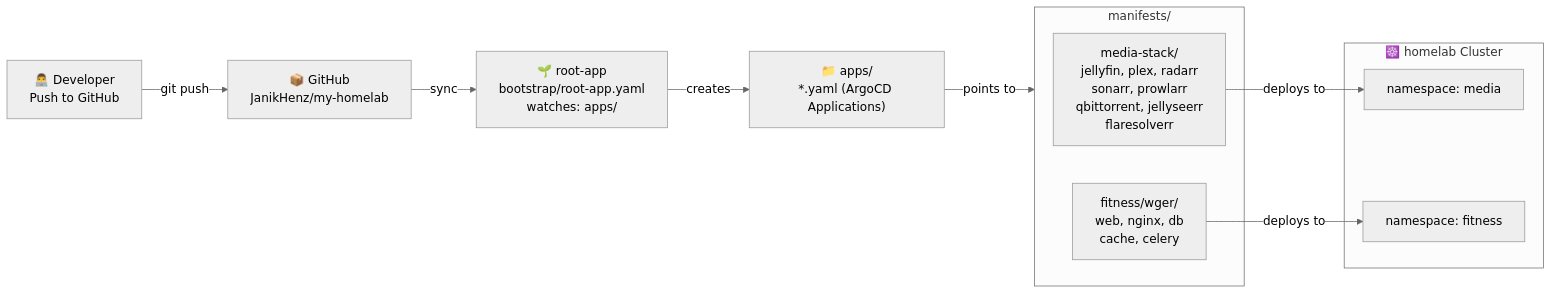
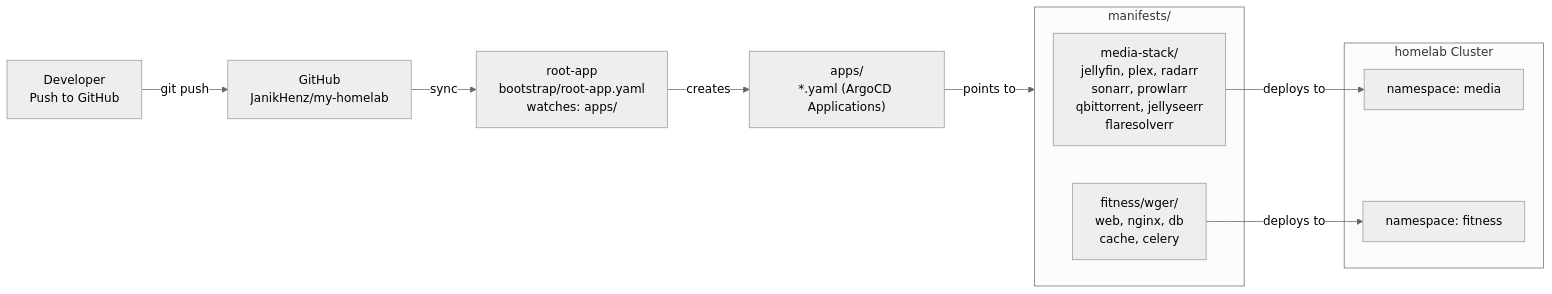
Before and after one commit to JanikHenz/my-homelab: the third of 6 diagrams in README.md, drawn with Mermaid (neutral theme). The commit also changed other lines of this file, not shown here.

````diff
--- a/README.md
+++ b/README.md
@@ -127,24 +127,24 @@
 ```mermaid
 flowchart LR
-    DEV["👨‍💻 Developer\nPush to GitHub"]
-    GH["📦 GitHub\nJanikHenz/my-homelab"]
-    ROOT["🌱 root-app\nbootstrap/root-app.yaml\nwatches: apps/"]
-    APPS["📁 apps/\n*.yaml (ArgoCD Applications)"]
+    DEV["Developer\nPush to GitHub"]
+    GH["GitHub\nJanikHenz/my-homelab"]
+    ROOT["root-app\nbootstrap/root-app.yaml\nwatches: apps/"]
+    APPS["apps/\n*.yaml (ArgoCD Applications)"]
 
     subgraph MANIFESTS["manifests/"]
         MS["media-stack/\njellyfin, plex, radarr\nsonarr, prowlarr\nqbittorrent, jellyseerr\nflaresolverr"]
         FS["fitness/wger/\nweb, nginx, db\ncache, celery"]
     end
 
-    subgraph CLUSTER["☸️ homelab Cluster"]
+    subgraph CLUSTER["homelab Cluster"]
         NS_MEDIA["namespace: media"]
         NS_FITNESS["namespace: fitness"]
     end
 
     DEV -->|git push| GH
     GH -->|sync| ROOT
     ROOT -->|creates| APPS
     APPS -->|points to| MANIFESTS
     MS -->|deploys to| NS_MEDIA
     FS -->|deploys to| NS_FITNESS
 ```
````
